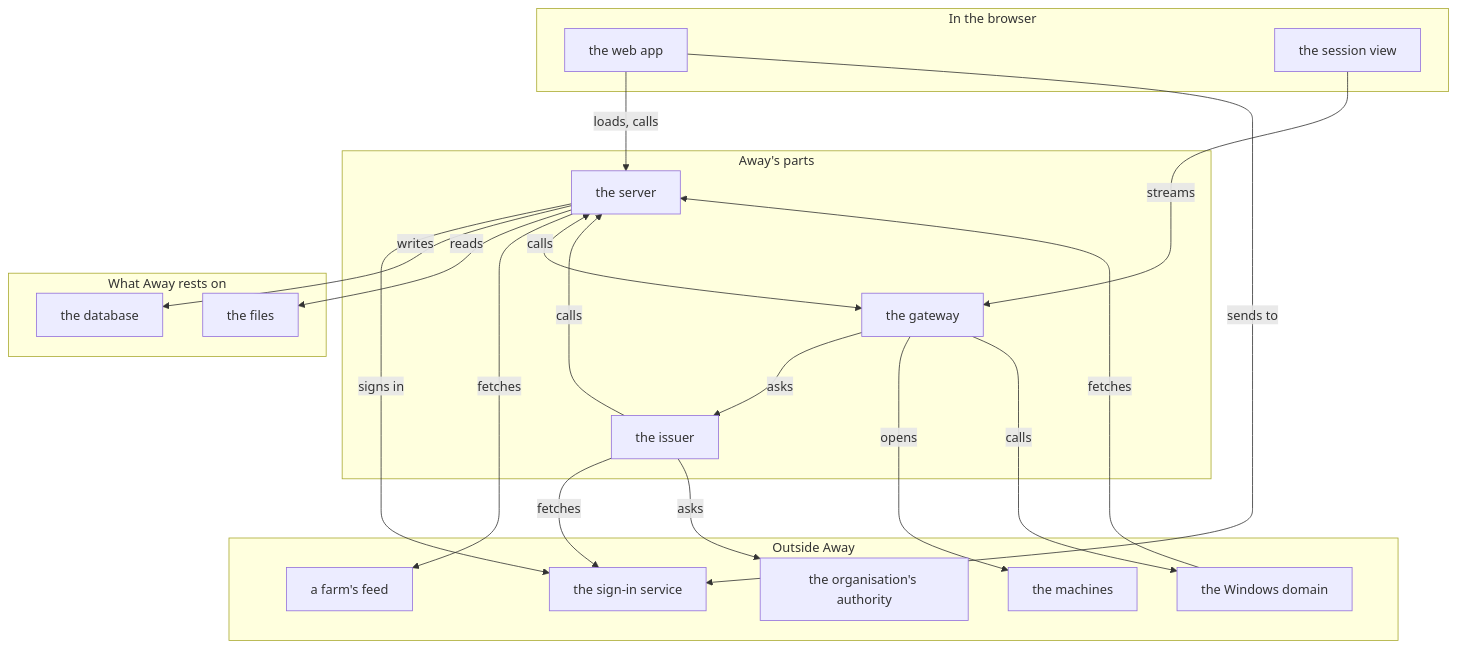
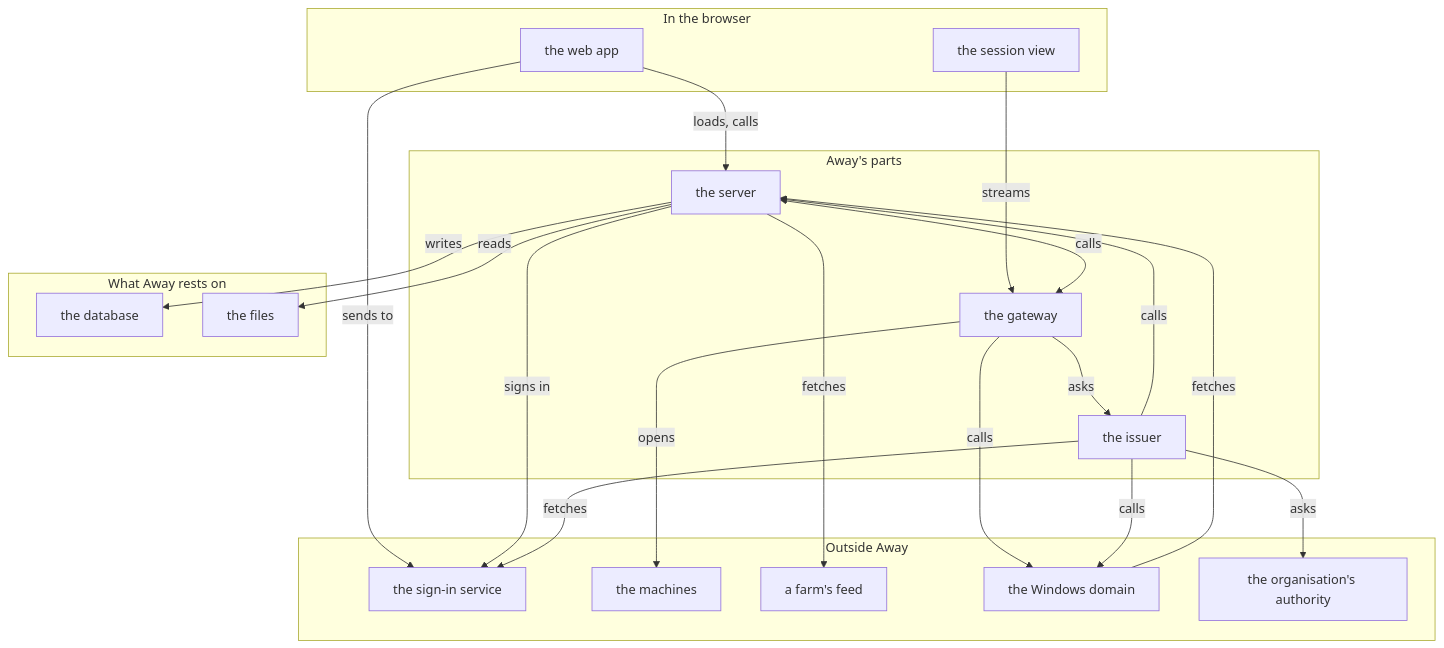
One commit to nalet/away changed the first of 2 diagrams in spec/architecture/README.md. Above: the diagram before and after it, drawn with Mermaid. The commit also changed other lines of this file and 14 other files, not shown here.

````diff
--- a/spec/architecture/README.md
+++ b/spec/architecture/README.md
@@ -18,38 +18,39 @@
 ```mermaid
 flowchart TB
   subgraph l_browser["In the browser"]
     c_web["the web app"]
     c_session_view["the session view"]
   end
   subgraph l_parts["Away's parts"]
     c_server["the server"]
     c_gateway["the gateway"]
     c_issuer["the issuer"]
   end
   subgraph l_rests["What Away rests on"]
     c_database["the database"]
     c_files["the files"]
   end
   subgraph l_outside["Outside Away"]
     c_sign_in_service["the sign-in service"]
     c_machines["the machines"]
     c_farm_feed["a farm's feed"]
     c_domain["the Windows domain"]
     c_authority["the organisation's authority"]
   end
   c_web -- "loads, calls" --> c_server
   c_web -- "sends to" --> c_sign_in_service
   c_session_view -- "streams" --> c_gateway
   c_server -- "signs in" --> c_sign_in_service
   c_server -- "writes" --> c_database
   c_server -- "reads" --> c_files
   c_server -- "fetches" --> c_farm_feed
   c_gateway -- "asks" --> c_issuer
   c_gateway -- "opens" --> c_machines
   c_gateway -- "calls" --> c_domain
   c_issuer -- "fetches" --> c_sign_in_service
   c_issuer -- "asks" --> c_authority
+  c_issuer -- "calls" --> c_domain
   c_issuer -- "calls" --> c_server
   c_domain -- "fetches" --> c_server
   c_server <-- "calls" --> c_gateway
 ```
````
